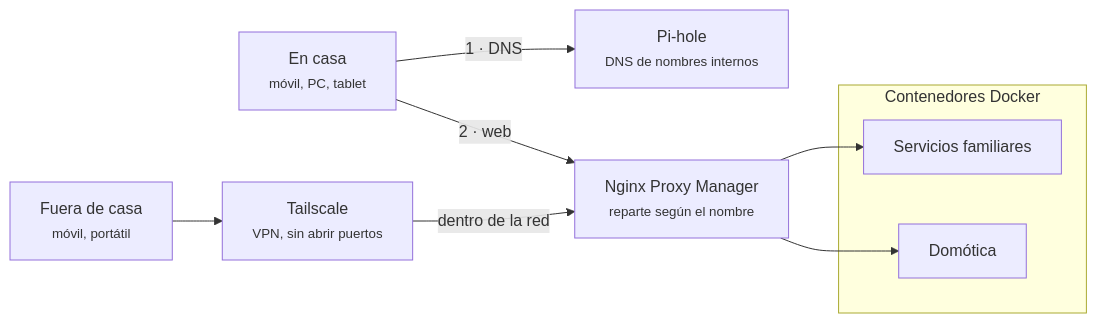
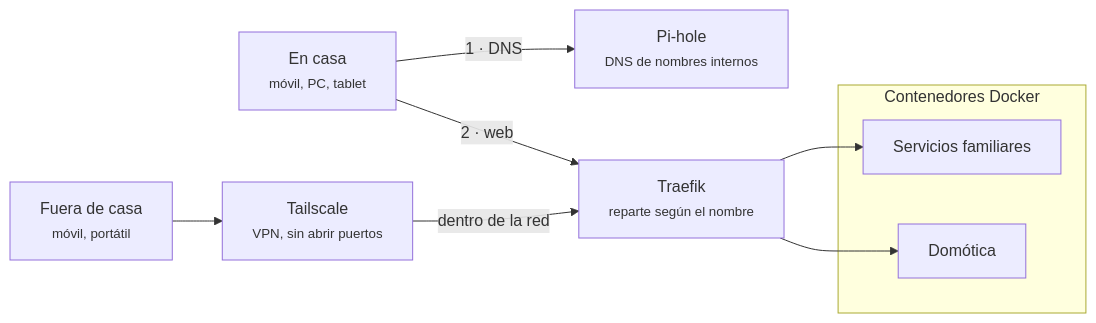
One commit to juanjoi/domo-hub changed the diagram in README.md. Above: the diagram before and after it, drawn with Mermaid. The commit also changed other lines of this file and 7 other files, not shown here.

First line of the commit message:
feat: stack de Traefik como proxy inverso

````diff
--- a/README.md
+++ b/README.md
@@ -11,20 +11,20 @@
 ```mermaid
 flowchart LR
     casa["En casa<br/><small>móvil, PC, tablet</small>"]
     fuera["Fuera de casa<br/><small>móvil, portátil</small>"]
     pihole["Pi-hole<br/><small>DNS de nombres internos</small>"]
     ts["Tailscale<br/><small>VPN, sin abrir puertos</small>"]
-    npm["Nginx Proxy Manager<br/><small>reparte según el nombre</small>"]
+    proxy["Traefik<br/><small>reparte según el nombre</small>"]
 
     subgraph docker["Contenedores Docker"]
         familia["Servicios familiares"]
         domotica["Domótica"]
     end
 
     casa -- "1 · DNS" --> pihole
-    casa -- "2 · web" --> npm
+    casa -- "2 · web" --> proxy
     fuera --> ts
-    ts -- "dentro de la red" --> npm
-    npm --> familia
-    npm --> domotica
+    ts -- "dentro de la red" --> proxy
+    proxy --> familia
+    proxy --> domotica
 ```
````
